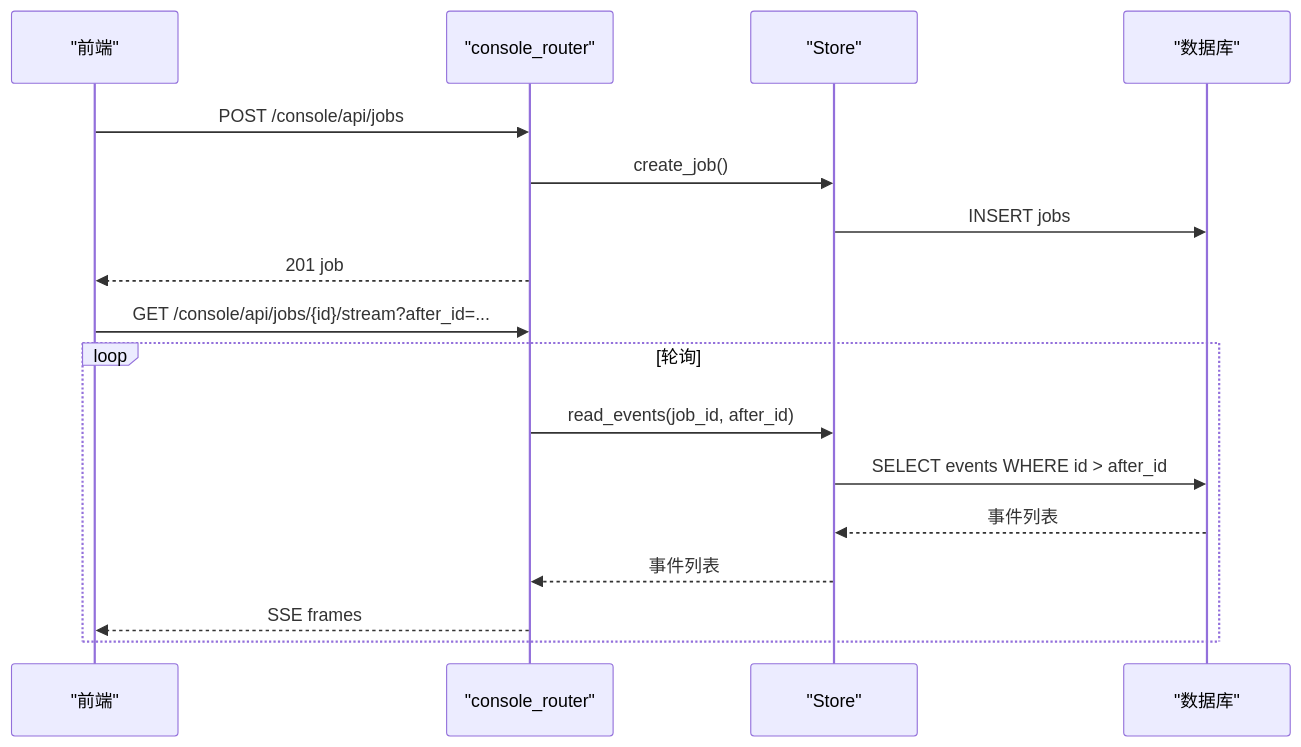
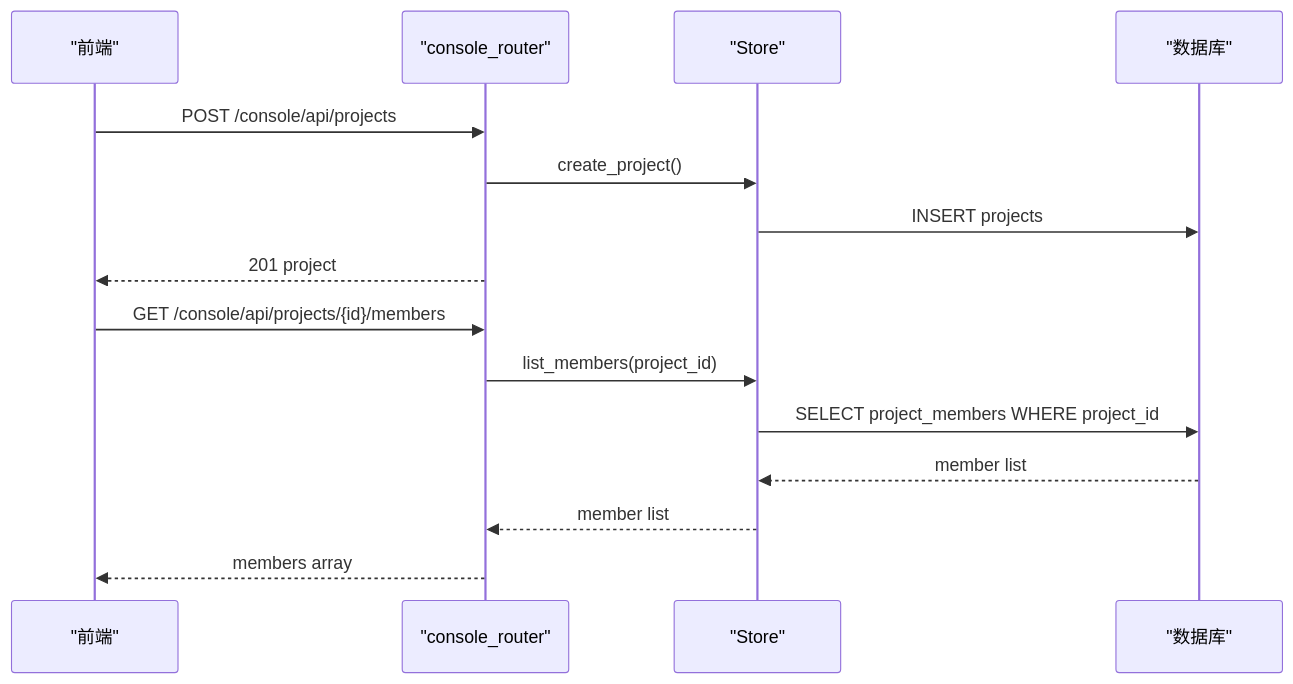
Before and after one commit to joezxh/kev: the fourth of 15 diagrams in .qoder/repowiki/zh/content/训练框架/控制台数据库持久化系统.md, drawn with Mermaid. The commit also changed other lines of this file and 124 other files, not shown here.

````diff
--- a/.qoder/repowiki/zh/content/训练框架/控制台数据库持久化系统.md
+++ b/.qoder/repowiki/zh/content/训练框架/控制台数据库持久化系统.md
@@ -169,19 +196,17 @@
 ```mermaid
 sequenceDiagram
 participant FE as "前端"
 participant Router as "console_router"
 participant Store as "Store"
 participant DB as "数据库"
-FE->>Router : POST /console/api/jobs
-Router->>Store : create_job()
-Store->>DB : INSERT jobs
-Router-->>FE : 201 job
-FE->>Router : GET /console/api/jobs/{id}/stream?after_id=...
-loop 轮询
-Router->>Store : read_events(job_id, after_id)
-Store->>DB : SELECT events WHERE id > after_id
-DB-->>Store : 事件列表
-Store-->>Router : 事件列表
-Router-->>FE : SSE frames
-end
+FE->>Router : POST /console/api/projects
+Router->>Store : create_project()
+Store->>DB : INSERT projects
+Router-->>FE : 201 project
+FE->>Router : GET /console/api/projects/{id}/members
+Router->>Store : list_members(project_id)
+Store->>DB : SELECT project_members WHERE project_id
+DB-->>Store : member list
+Store-->>Router : member list
+Router-->>FE : members array
 ```
````
